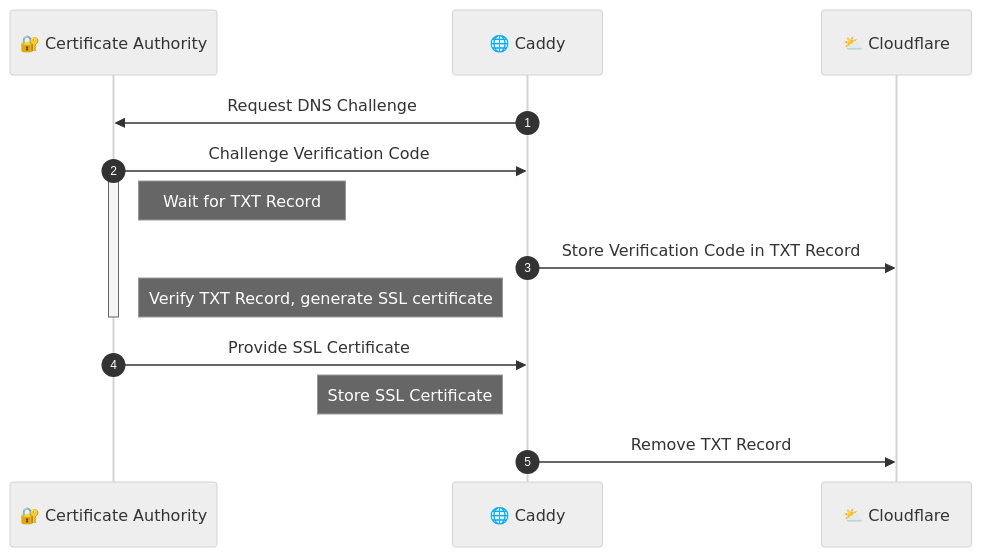
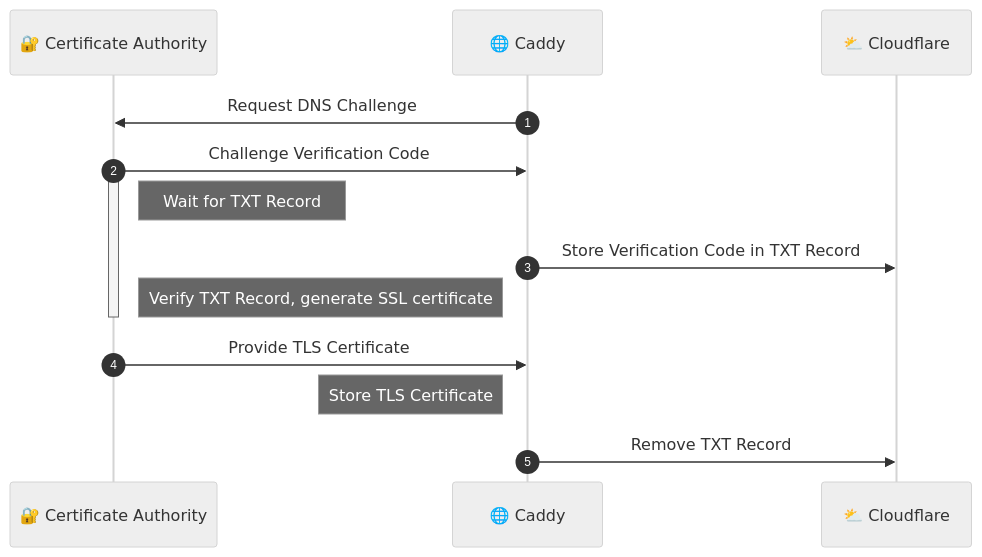
Before and after one commit to iksaku/jorgeglz.io: the diagram in src/assets/blog/2023-06-08-https-behind-vpn/ExampleUseCaseDiagram.mermaid, drawn with Mermaid (neutral theme). The commit also changed 3 other files, not shown here.

Commit message:
post(https-behind-vpn): SSL is old terminology lol. Hail TLS

```diff
--- a/src/assets/blog/2023-06-08-https-behind-vpn/ExampleUseCaseDiagram.mermaid
+++ b/src/assets/blog/2023-06-08-https-behind-vpn/ExampleUseCaseDiagram.mermaid
@@ -1,19 +1,19 @@
 sequenceDiagram
   autonumber
   participant ca as 🔐 Certificate Authority
   participant caddy as 🌐 Caddy
   participant cf as ⛅ Cloudflare
 
   caddy->>ca: Request DNS Challenge
   ca->>caddy: Challenge Verification Code
   activate ca
   note right of ca: Wait for TXT Record
 
   caddy->>cf: Store Verification Code in TXT Record
 
   note right of ca: Verify TXT Record, generate SSL certificate
   deactivate ca
-  ca->>caddy: Provide SSL Certificate
-  note left of caddy: Store SSL Certificate
+  ca->>caddy: Provide TLS Certificate
+  note left of caddy: Store TLS Certificate
 
   caddy->>cf: Remove TXT Record
```
